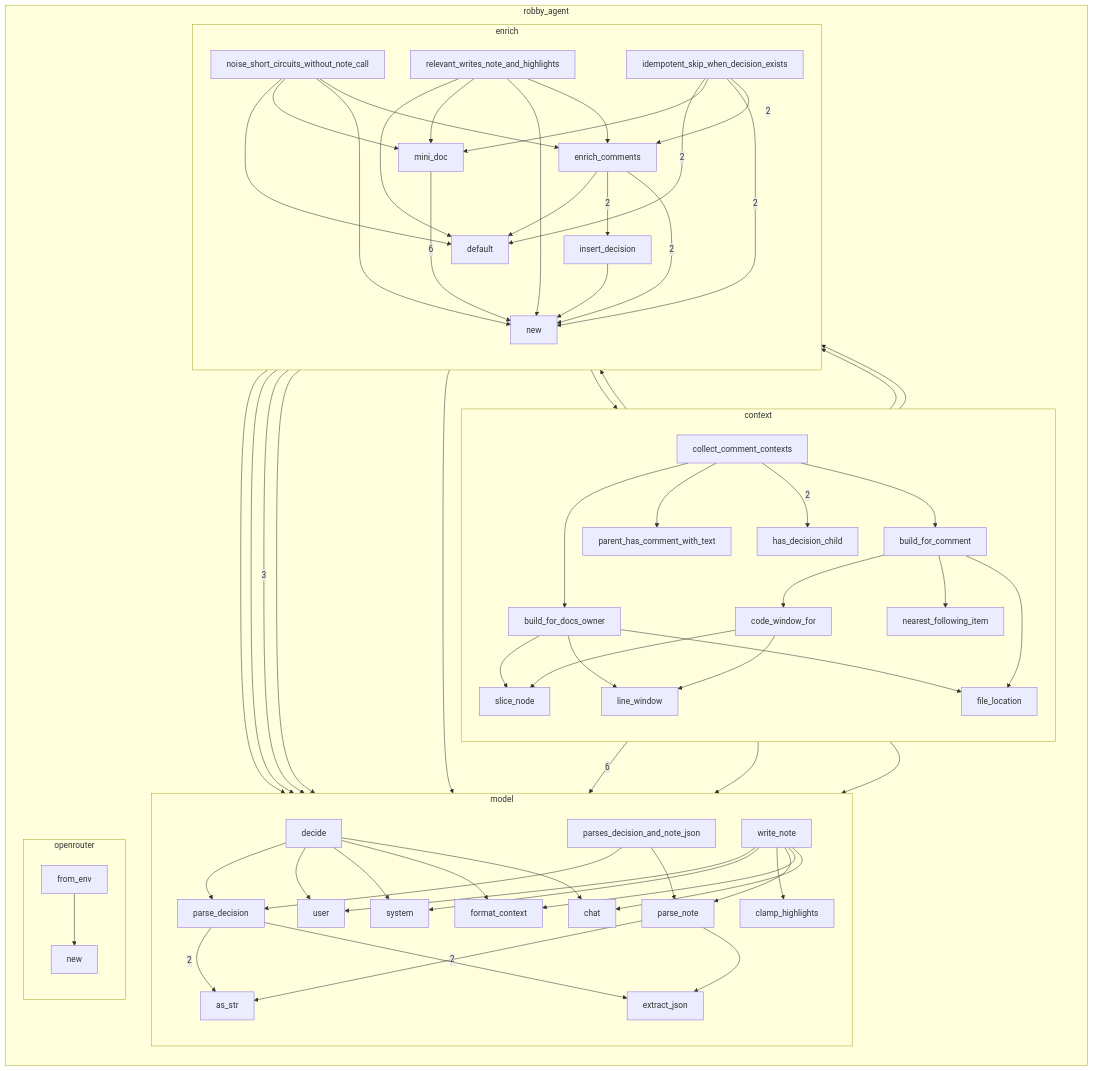
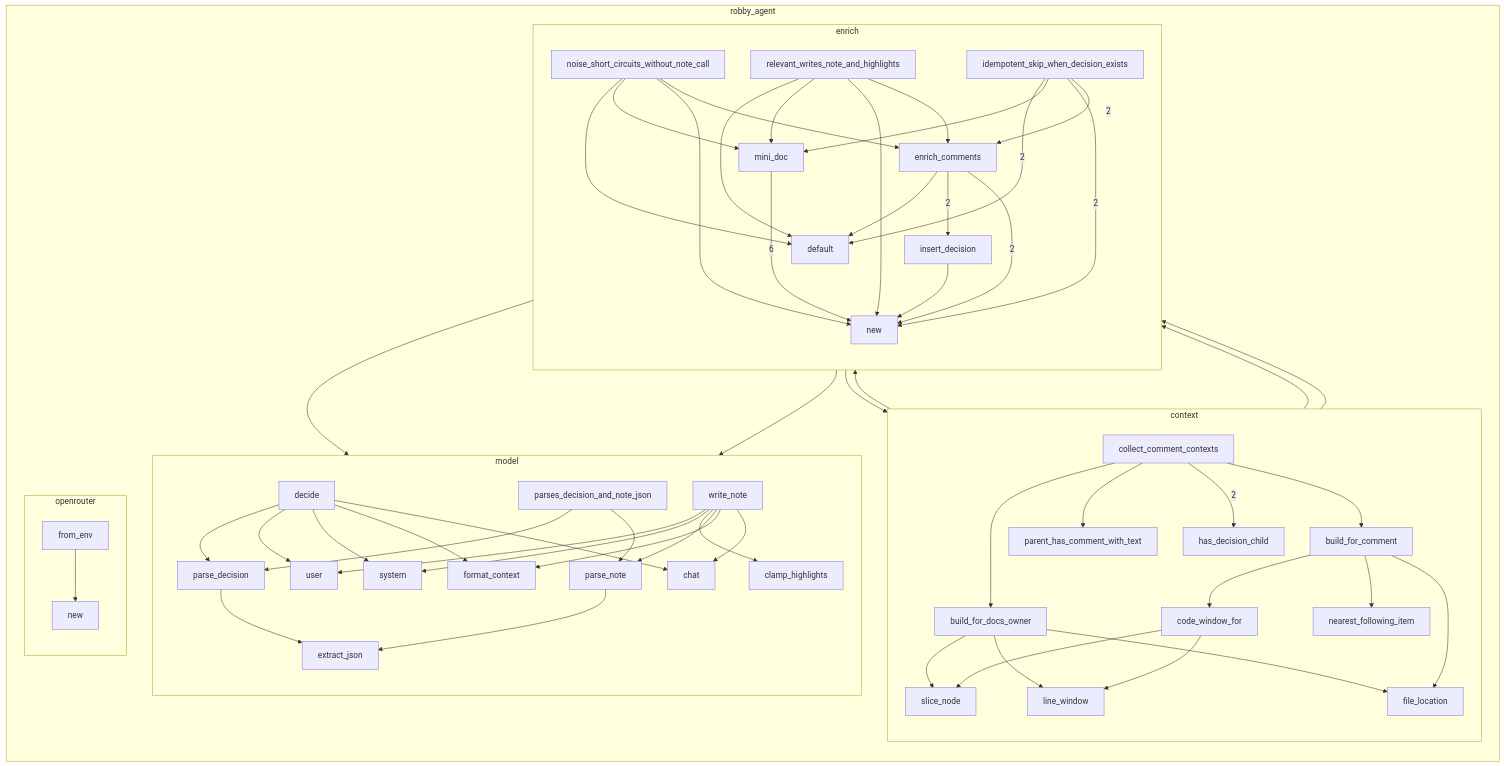
The second of 2 diagrams in docs/self-model/robby_agent/index.md (RyanGuild/self-describing-code), drawn with Mermaid before and after one commit. The commit also changed other lines of this file and 747 other files, not shown here.

```diff
--- a/docs/self-model/robby_agent/index.md
+++ b/docs/self-model/robby_agent/index.md
@@ -73,7 +72,6 @@
         end
         subgraph n_86f239b07be3914c["model"]
             direction TB
-            n_98b5a48e23f9ce77["as_str"]
             n_1fd47a45d469dbd3["chat"]
             n_741f16d659f0d7a1["clamp_highlights"]
             n_6b7cb950250ead62["decide"]
@@ -96,7 +94,6 @@
     n_06a3c84c55d2315c --> n_1dc5482c6035715d
     n_06a3c84c55d2315c --> n_bf449c22aab0cac2
     n_1dc04536ee84305f --> n_06a3c84c55d2315c
-    n_1dc04536ee84305f -->|"6"| n_98b5a48e23f9ce77
     n_1dc04536ee84305f --> n_ac63655d2a29ac8a
     n_1dc04536ee84305f --> n_bc7398dbf6481d10
     n_1dc04536ee84305f -->|"2"| n_c1f9e59730490224
@@ -105,7 +102,6 @@
     n_61bd98d44e636f64 --> n_0c9bed56e6eb7735
     n_61bd98d44e636f64 --> n_1dc5482c6035715d
     n_6640bfd1fad137a4 --> n_25c66f4d06378b6c
-    n_6640bfd1fad137a4 -->|"2"| n_98b5a48e23f9ce77
     n_6b7cb950250ead62 --> n_1fd47a45d469dbd3
     n_6b7cb950250ead62 --> n_4776f1339beeeddf
     n_6b7cb950250ead62 --> n_7e53198b962ce312
@@ -116,10 +112,8 @@
     n_777e907af8a70400 -->|"6"| n_ef8fad1e9c264788
     n_a1cd648afdfa4d43 --> n_6afbb71d759f3316
     n_a1cd648afdfa4d43 --> n_777e907af8a70400
-    n_a1cd648afdfa4d43 --> n_98b5a48e23f9ce77
     n_a1cd648afdfa4d43 --> n_ef8fad1e9c264788
     n_a1cd648afdfa4d43 --> n_fc6e94c13c15442e
-    n_ac63655d2a29ac8a --> n_98b5a48e23f9ce77
     n_b3ee4a2b7d6ddea0 --> n_1fd47a45d469dbd3
     n_b3ee4a2b7d6ddea0 --> n_4776f1339beeeddf
     n_b3ee4a2b7d6ddea0 --> n_6640bfd1fad137a4
@@ -130,17 +124,13 @@
     n_bc7398dbf6481d10 --> n_61bd98d44e636f64
     n_bc7398dbf6481d10 --> n_bf449c22aab0cac2
     n_bf449c22aab0cac2 --> n_ef8fad1e9c264788
-    n_c1f9e59730490224 --> n_98b5a48e23f9ce77
     n_c2cf29bdaa0bcb16 --> n_cbea6bc844128b44
     n_c774f5ee6b8ef175 --> n_6afbb71d759f3316
     n_c774f5ee6b8ef175 --> n_777e907af8a70400
-    n_c774f5ee6b8ef175 --> n_98b5a48e23f9ce77
     n_c774f5ee6b8ef175 --> n_ef8fad1e9c264788
     n_c774f5ee6b8ef175 --> n_fc6e94c13c15442e
-    n_df84fdce0689b5ca -->|"3"| n_98b5a48e23f9ce77
     n_df84fdce0689b5ca --> n_ef8fad1e9c264788
     n_f240cdc427a11b5e --> n_25c66f4d06378b6c
-    n_f240cdc427a11b5e -->|"2"| n_98b5a48e23f9ce77
     n_f44edd6b2eb226ea -->|"2"| n_6afbb71d759f3316
     n_f44edd6b2eb226ea --> n_777e907af8a70400
     n_f44edd6b2eb226ea -->|"2"| n_ef8fad1e9c264788
```
